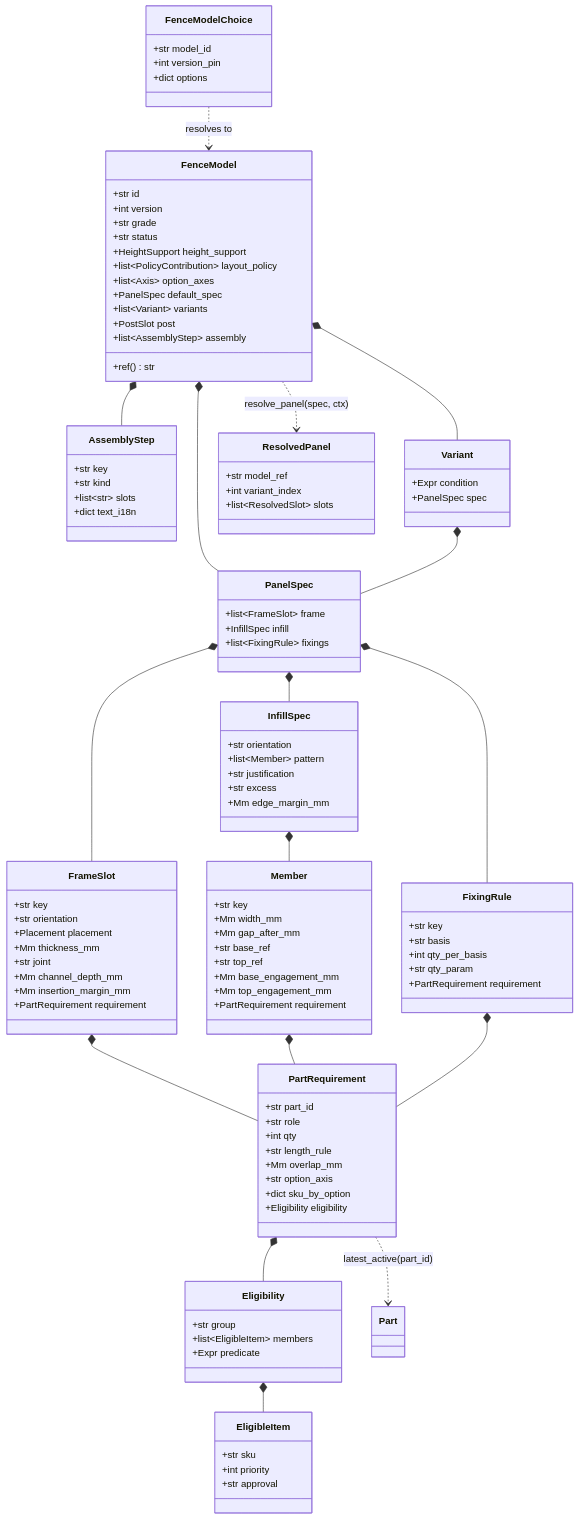
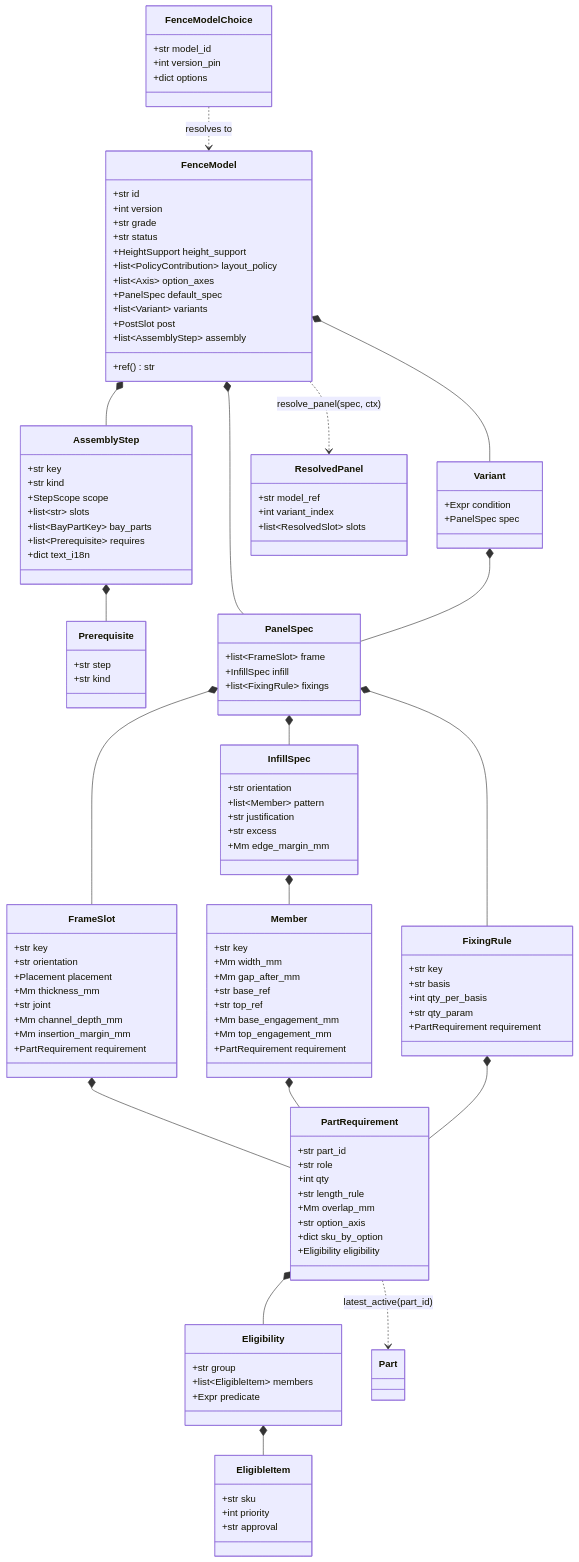
Before and after one commit to spicysauce1955-stack/BOM: the third of 9 diagrams in docs/architecture/02-entities.md, drawn with Mermaid. The commit also changed other lines of this file and 37 other files, not shown here.

First line of the commit message:
feat(assembly): step scopes, and requires as a partial order

```diff
--- a/docs/architecture/02-entities.md
+++ b/docs/architecture/02-entities.md
@@ -241,8 +241,15 @@
     class AssemblyStep {
         +str key
         +str kind
+        +StepScope scope
         +list~str~ slots
+        +list~BayPartKey~ bay_parts
+        +list~Prerequisite~ requires
         +dict text_i18n
+    }
+    class Prerequisite {
+        +str step
+        +str kind
     }
     class PanelSpec {
         +list~FrameSlot~ frame
@@ -320,6 +327,7 @@
 
     FenceModel *-- PanelSpec
     FenceModel *-- AssemblyStep
+    AssemblyStep *-- Prerequisite
     FenceModel *-- Variant
     Variant *-- PanelSpec
     PanelSpec *-- FrameSlot
```
